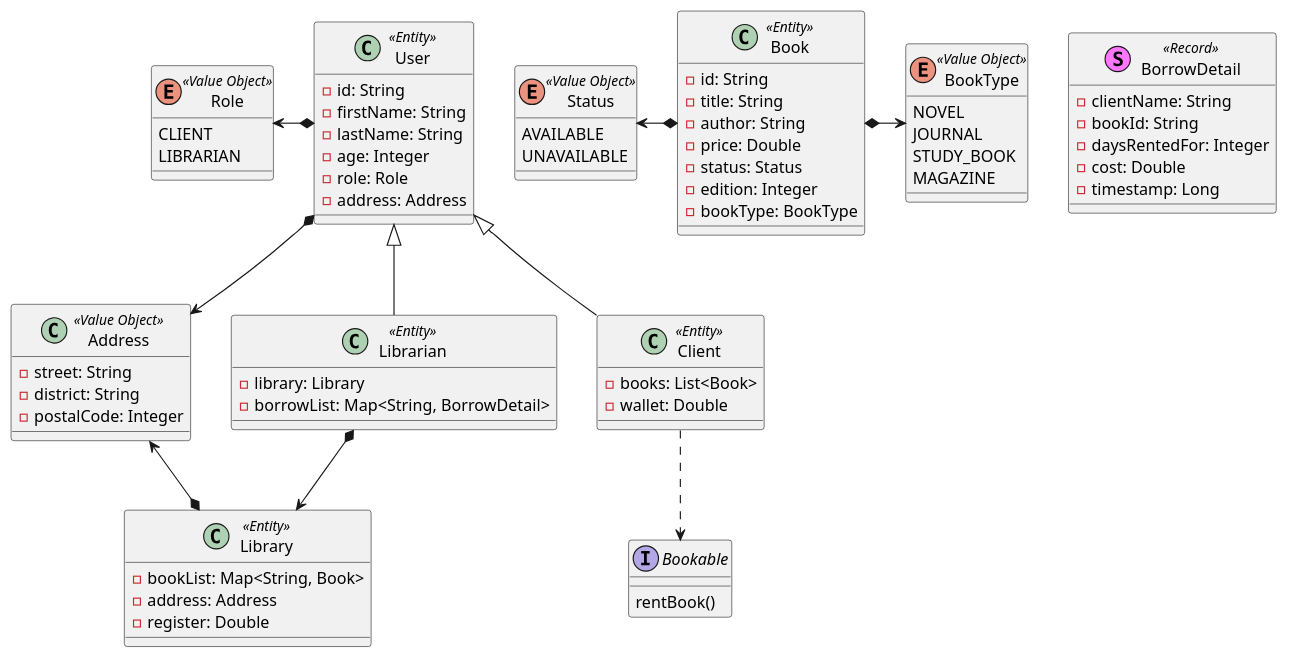
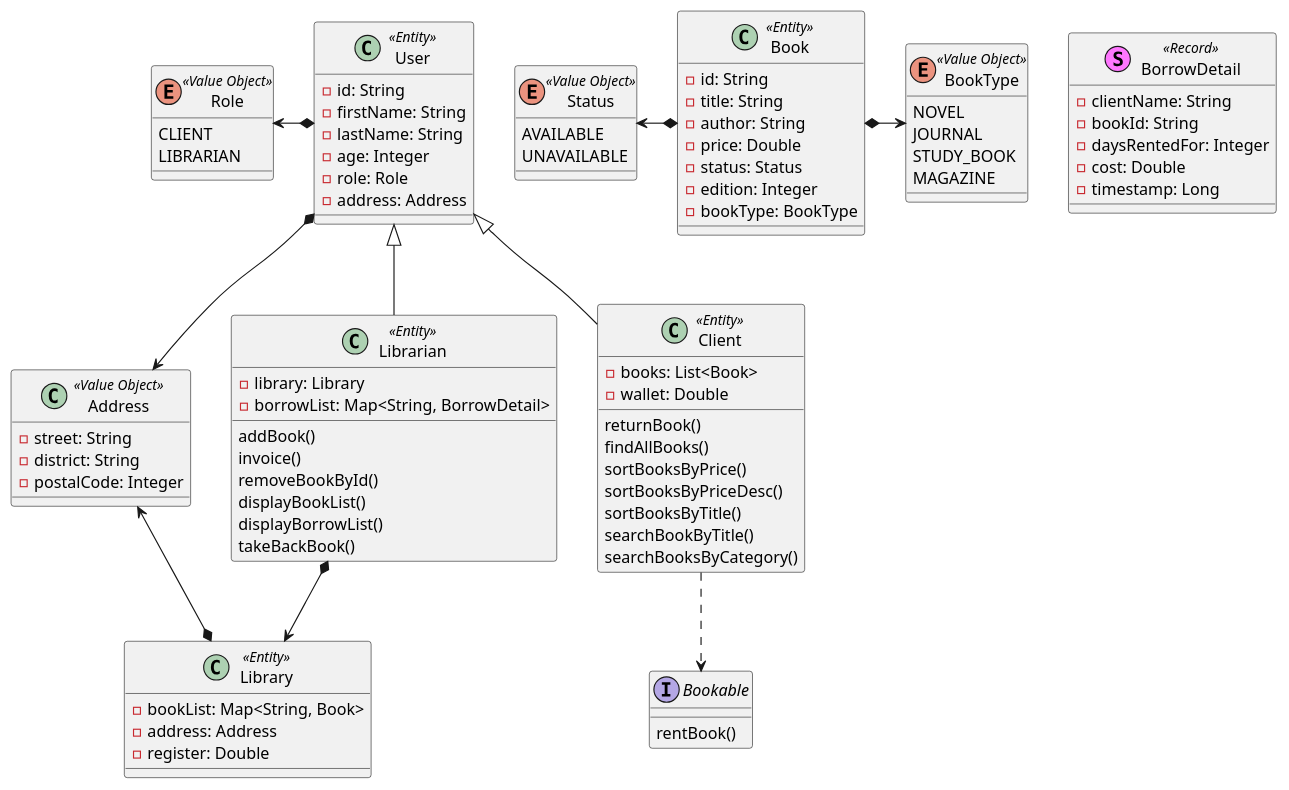
One commit to replakcan/Java-s15-Challenge changed the diagram in cass-diagram.puml. Above: the diagram before and after it, drawn with PlantUML. The commit also changed 6 other files, not shown here.

First line of the commit message:
Updates methods and uml diagram

```diff
--- a/cass-diagram.puml
+++ b/cass-diagram.puml
@@ -1,116 +1,131 @@
 @startuml
 'https://plantuml.com/class-diagram
 
 class Book <<Entity>> {
 -id: String
 -title: String
 -author: String
 -price: Double
 -status: Status
 -edition: Integer
 -bookType: BookType
 }
 
 class User <<Entity>> {
 -id: String
 -firstName: String
 -lastName: String
 -age: Integer
 -role: Role
 -address: Address
 }
 
 class Client <<Entity>> {
 -books: List<Book>
 -wallet: Double
+
+returnBook()
+findAllBooks()
+sortBooksByPrice()
+sortBooksByPriceDesc()
+sortBooksByTitle()
+searchBookByTitle()
+searchBooksByCategory()
 }
 
 interface Bookable {
 rentBook()
 }
 
 class Librarian <<Entity>> {
 -library: Library
 -borrowList: Map<String, BorrowDetail>
+
+addBook()
+invoice()
+removeBookById()
+displayBookList()
+displayBorrowList()
+takeBackBook()
 }
 
 class Library <<Entity>> {
 -bookList: Map<String, Book>
 -address: Address
 -register: Double
 }
 
 class Address <<Value Object>> {
 -street: String
 -district: String
 -postalCode: Integer
 }
 
 enum Status <<Value Object>> {
 AVAILABLE
 UNAVAILABLE
 }
 
 enum Role <<Value Object>> {
 CLIENT
 LIBRARIAN
 }
 
 enum BookType <<Value Object>> {
 NOVEL
 JOURNAL
 STUDY_BOOK
 MAGAZINE
 }
 
 stereotype BorrowDetail <<Record>> {
 -clientName: String
 -bookId: String
 -daysRentedFor: Integer
 -cost: Double
 -timestamp: Long
 }
 
 Book *--left> Status
 User *--left> Role
 User *--> Address
 Librarian *--> Library
 Library *--up> Address
 Book *--right> BookType
 
 Client --up|> User
 Librarian --up|> User
 Client ..> Bookable
 
 /'interface ClientService {
 returnBook()
 findAllBooks()
 sortBooksByPrice()
+sortBooksByPriceDesc()
 sortBooksByTitle()
 searchBookByTitle()
 searchBooksByCategory()
 }
 
 interface LibrarianService {
-removeBook()
 addBook()
 invoice()
 removeBookById()
 displayBookList()
 displayBorrowList()
 takeBackBook()
 }
 
 class ClientServiceImpl {
 }
 
 class LibrarianServiceImpl {
 }
 
 ClientServiceImpl ..> ClientService
 ClientServiceImpl *--up> Client
 ClientServiceImpl *--> LibrarianServiceImpl
 LibrarianServiceImpl ..> LibrarianService
 LibrarianServiceImpl *--left> Librarian'/
 
 @enduml
```
